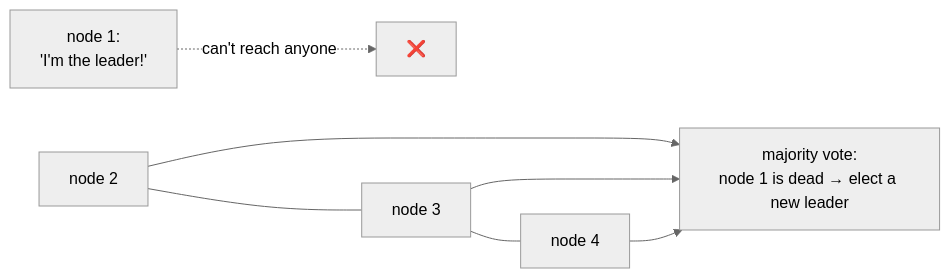
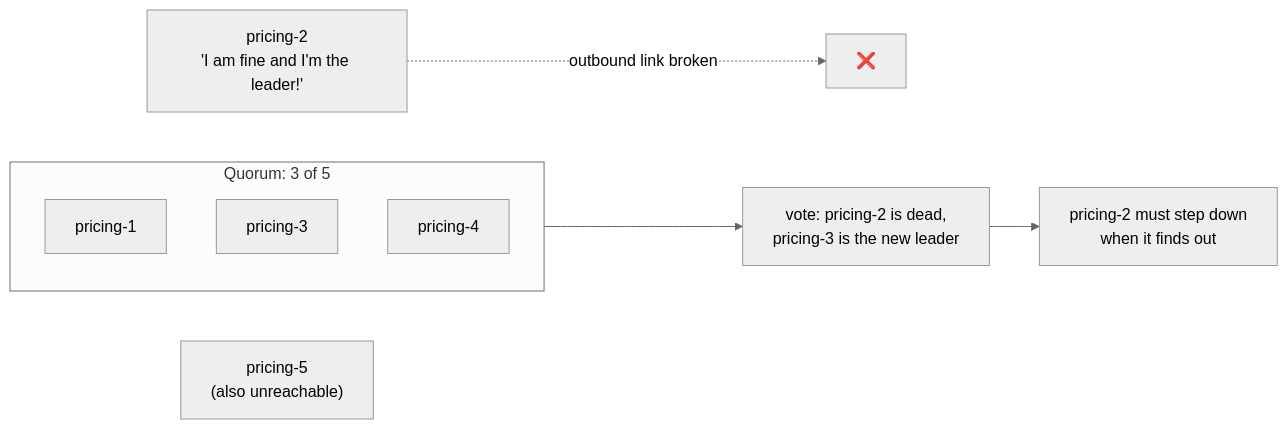
Diagram 14 of 20 in docs/chapters/part-2/08-distributed-trouble.mdx (pratikguru998/ddia-book), drawn with Mermaid (neutral theme) before and after one commit. The commit also changed other lines of this file and 13 other files, not shown here.

Commit message:
Expand all 12 chapters: every book subsection, deeper notes, ~320 diagrams

````diff
--- a/docs/chapters/part-2/08-distributed-trouble.mdx
+++ b/docs/chapters/part-2/08-distributed-trouble.mdx
@@ -149,6 +685,12 @@
 ```mermaid
 flowchart LR
-  N1["node 1:<br/>'I'm the leader!'"] -.->|"can't reach anyone"| X["❌"]
-  N2["node 2"] --- N3["node 3"] --- N4["node 4"]
-  N2 & N3 & N4 --> V["majority vote:<br/>node 1 is dead → elect a new leader"]
+  P2["pricing-2<br/>'I am fine and I'm the leader!'"] -. "outbound link broken" .-> X["❌"]
+  subgraph Q["Quorum: 3 of 5"]
+    P1["pricing-1"]
+    P3["pricing-3"]
+    P4["pricing-4"]
+  end
+  P5["pricing-5<br/>(also unreachable)"]
+  Q --> V["vote: pricing-2 is dead,<br/>pricing-3 is the new leader"]
+  V --> R["pricing-2 must step down<br/>when it finds out"]
 ```
````
